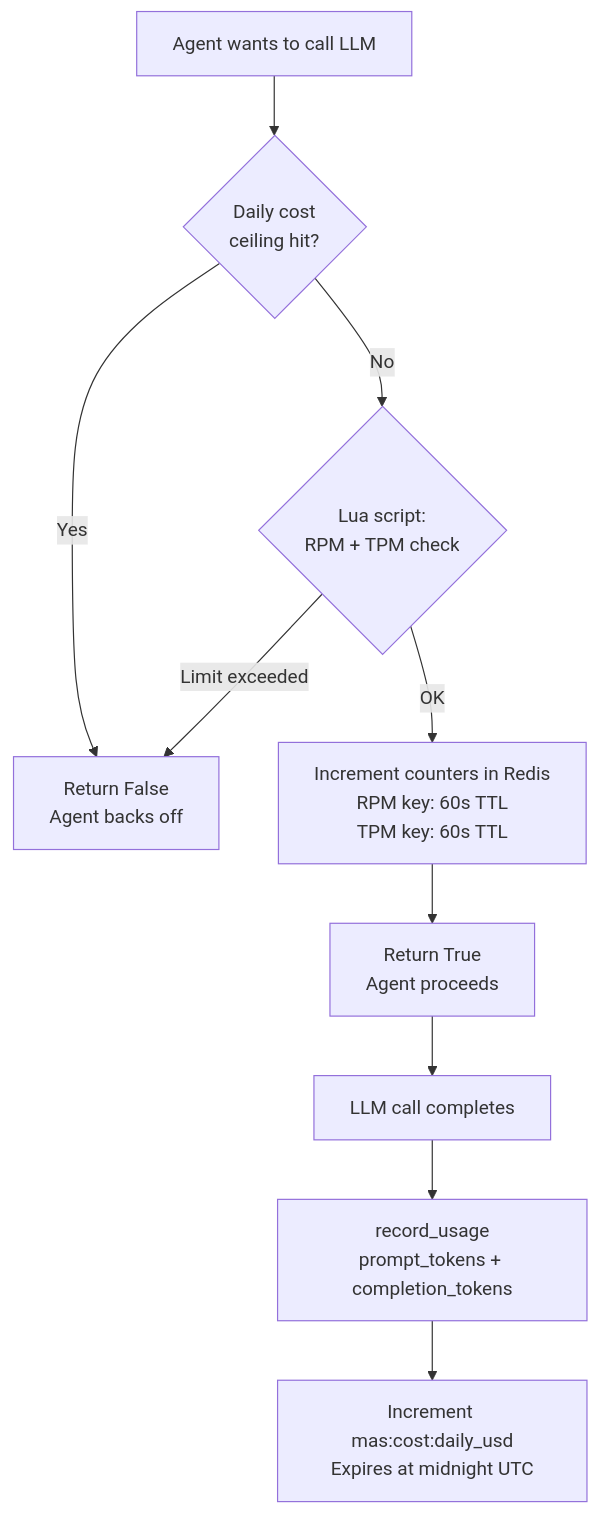
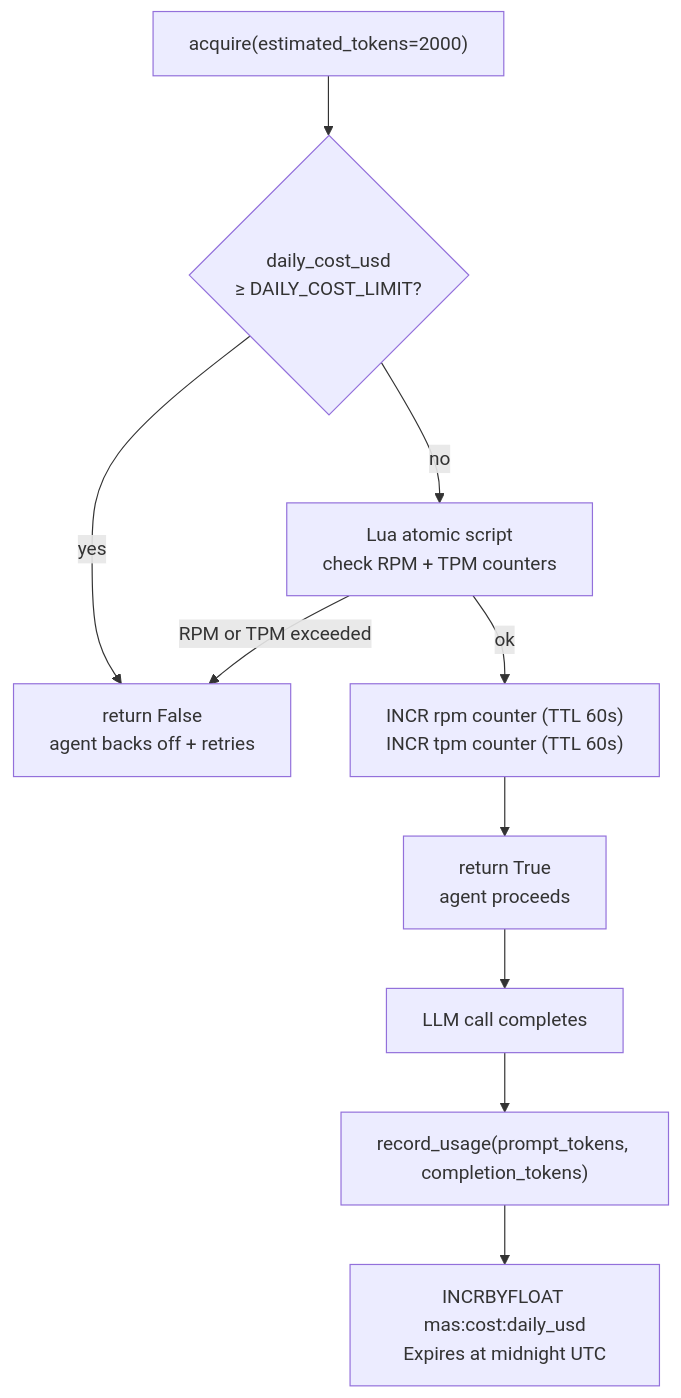
The first of 2 diagrams in services/shared/README.md (MT121201/SentinelMAS), drawn with Mermaid before and after one commit. The commit also changed other lines of this file and 2 other files, not shown here.

````diff
--- a/services/shared/README.md
+++ b/services/shared/README.md
@@ -47,12 +91,13 @@
 ```mermaid
 flowchart TD
-    A[Agent wants to call LLM] --> B{Daily cost\nceiling hit?}
-    B -- Yes --> BLOCK[Return False\nAgent backs off]
-    B -- No --> C{Lua script:\nRPM + TPM check}
-    C -- Limit exceeded --> BLOCK
-    C -- OK --> D[Increment counters in Redis\nRPM key: 60s TTL\nTPM key: 60s TTL]
-    D --> E[Return True\nAgent proceeds]
-    E --> F[LLM call completes]
-    F --> G[record_usage\nprompt_tokens + completion_tokens]
-    G --> H[Increment mas:cost:daily_usd\nExpires at midnight UTC]
+    A["acquire(estimated_tokens=2000)"]
+    A --> B{"daily_cost_usd\n≥ DAILY_COST_LIMIT?"}
+    B -->|yes| BLOCK["return False\nagent backs off + retries"]
+    B -->|no| C["Lua atomic script\ncheck RPM + TPM counters"]
+    C -->|"RPM or TPM exceeded"| BLOCK
+    C -->|ok| D["INCR rpm counter (TTL 60s)\nINCR tpm counter (TTL 60s)"]
+    D --> E["return True\nagent proceeds"]
+    E --> F["LLM call completes"]
+    F --> G["record_usage(prompt_tokens, completion_tokens)"]
+    G --> H["INCRBYFLOAT mas:cost:daily_usd\nExpires at midnight UTC"]
 ```
````
